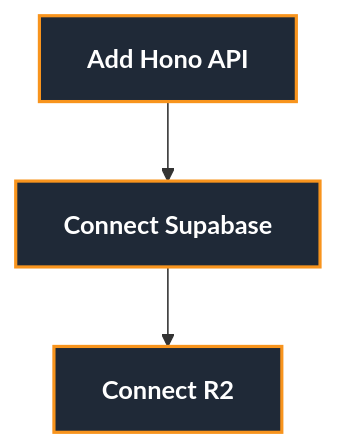
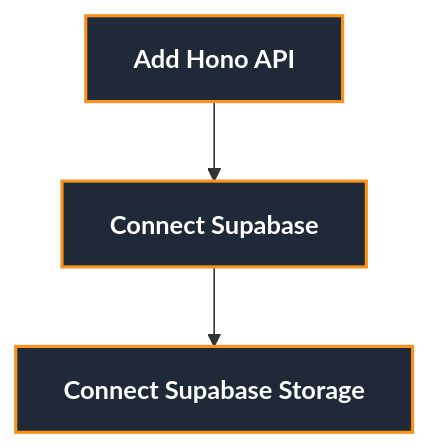
Before and after one commit to PuttTim/orbital-26-deployment-workshop: the sixth of 9 diagrams in slides/pages/part-1.md, drawn with Mermaid. The commit also changed other lines of this file, not shown here.

Commit message:
slides: update part-1 to match Supabase Storage + colors app flow

````diff
--- a/slides/pages/part-1.md
+++ b/slides/pages/part-1.md
@@ -538,8 +537,8 @@
 ```mermaid {scale: 0.52}
 flowchart TB
     H[Add Hono API] --> D[Connect Supabase]
-    D --> R[Connect R2]
+    D --> R[Connect Supabase Storage]
 
     classDef step fill:#1f2937,color:#ffffff,stroke:#f8941d,stroke-width:2px,font-weight:bold
     class H,D,R step
 ```
````
